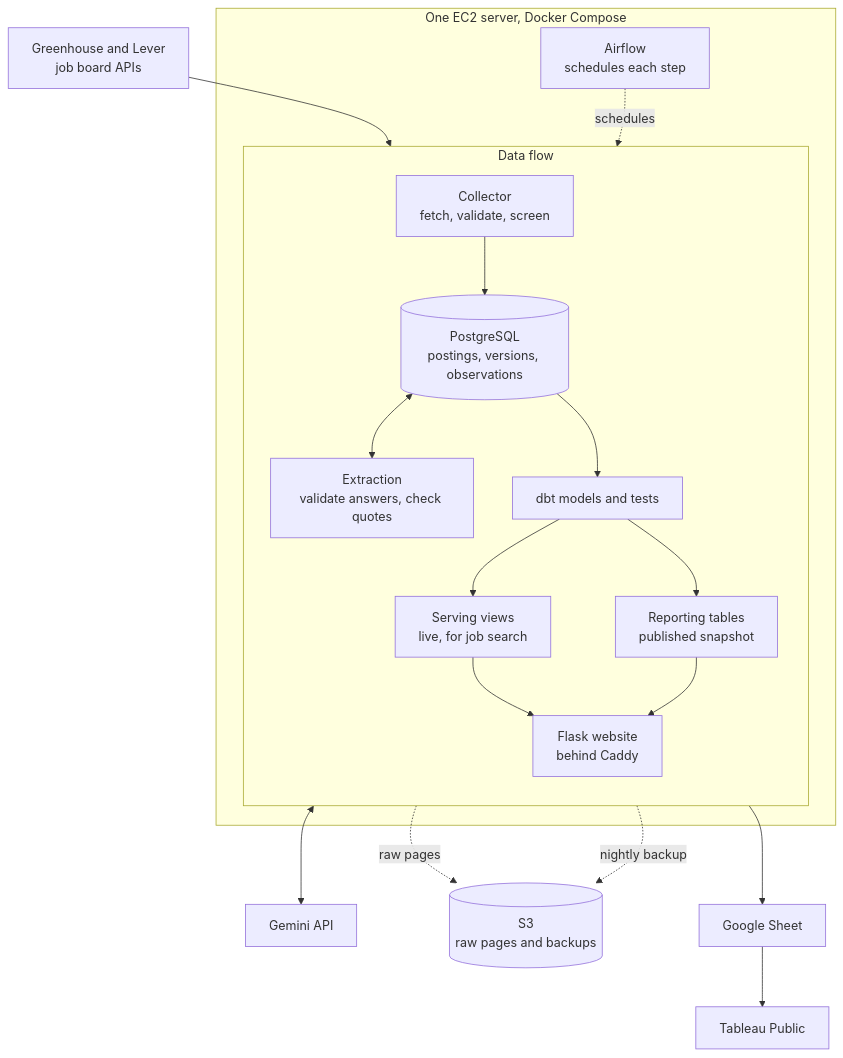
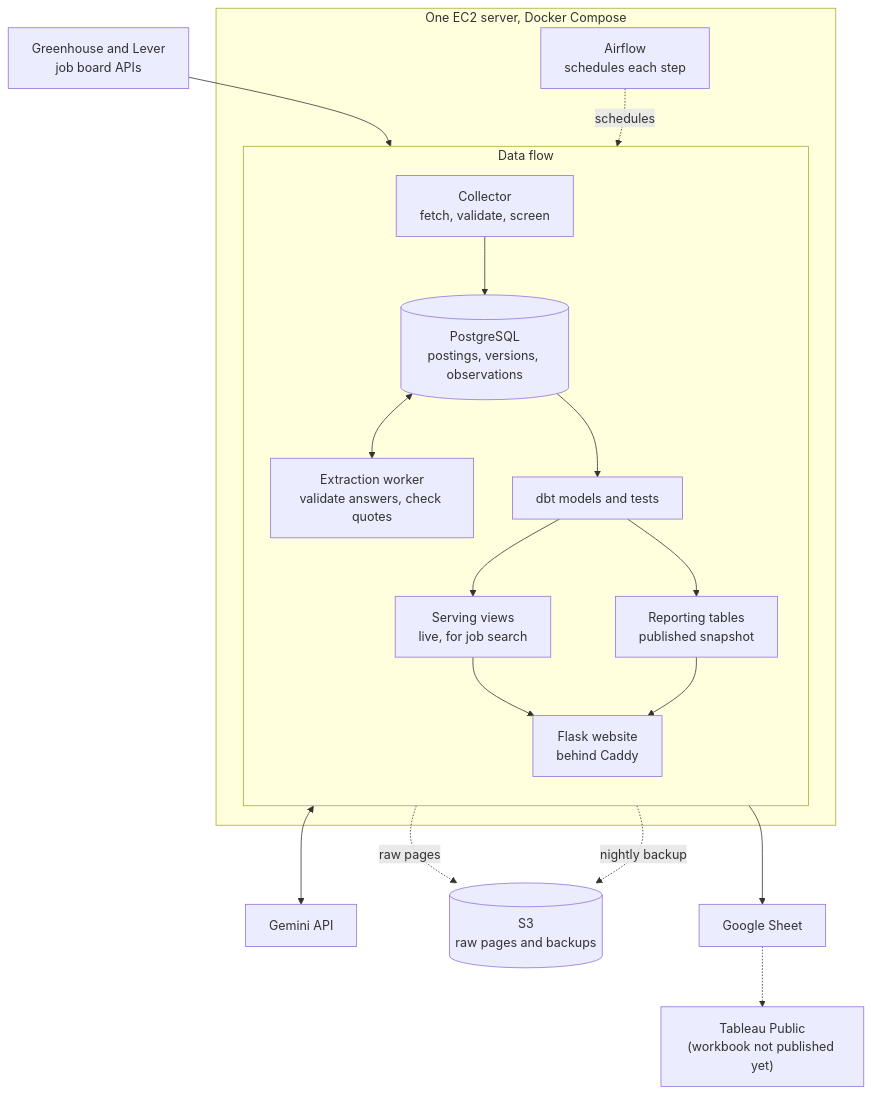
One commit to Niyog59/Job-Market-Intelligence changed the diagram in README.md. Above: the diagram before and after it, drawn with Mermaid. The commit also changed other lines of this file and 1 other file, not shown here.

````diff
--- a/README.md
+++ b/README.md
@@ -38,36 +88,36 @@
 ```mermaid
 flowchart TB
     boards["Greenhouse and Lever<br/>job board APIs"]
     subgraph ec2["One EC2 server, Docker Compose"]
         af["Airflow<br/>schedules each step"]
         subgraph flow["Data flow"]
             direction TB
             col["Collector<br/>fetch, validate, screen"]
             pg[("PostgreSQL<br/>postings, versions, observations")]
-            ex["Extraction<br/>validate answers, check quotes"]
+            ex["Extraction worker<br/>validate answers, check quotes"]
             dbt["dbt models and tests"]
             srv["Serving views<br/>live, for job search"]
             rpt["Reporting tables<br/>published snapshot"]
             web["Flask website<br/>behind Caddy"]
         end
     end
     gem["Gemini API"]
     s3[("S3<br/>raw pages and backups")]
     sheet["Google Sheet"]
-    tab["Tableau Public"]
+    tab["Tableau Public<br/>(workbook not published yet)"]
 
     boards --> col
     col --> pg
     pg <--> ex
     ex <--> gem
     pg --> dbt
     dbt --> srv
     dbt --> rpt
     srv --> web
     rpt --> web
     rpt --> sheet
-    sheet --> tab
+    sheet -.-> tab
     col -. raw pages .-> s3
     pg -. nightly backup .-> s3
     af -. schedules .-> flow
 ```
````
